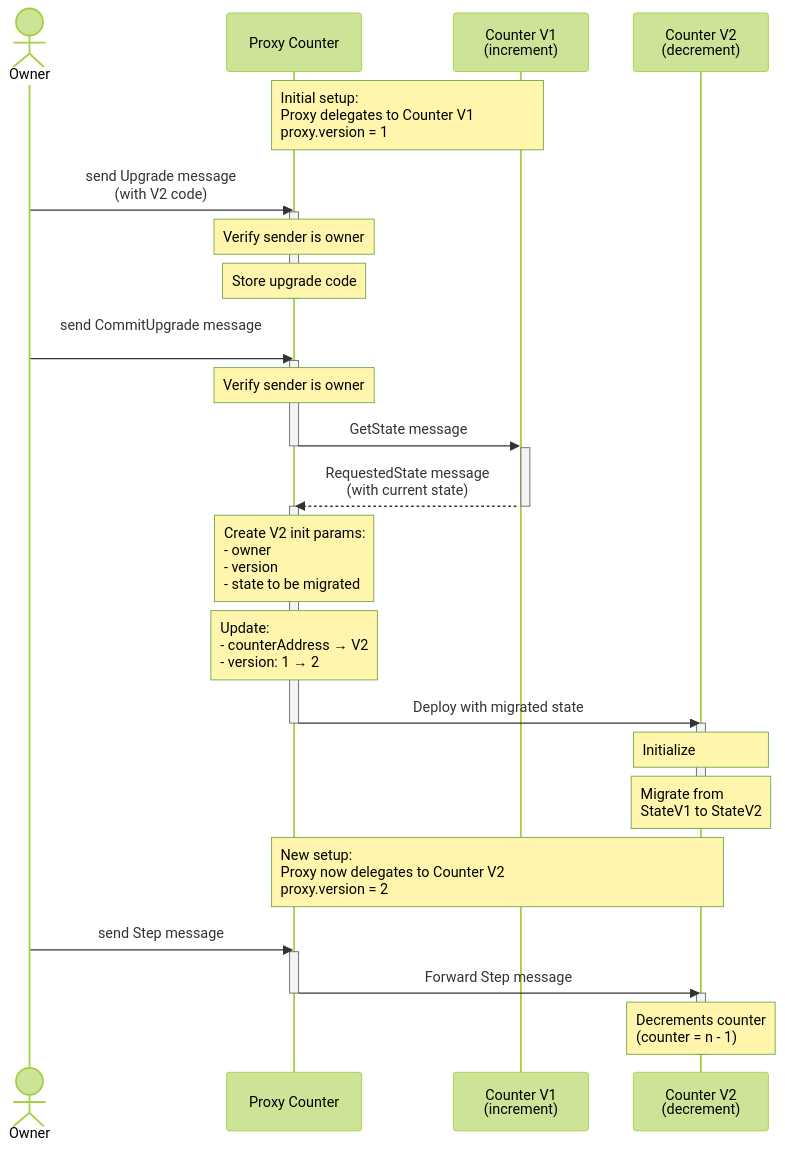
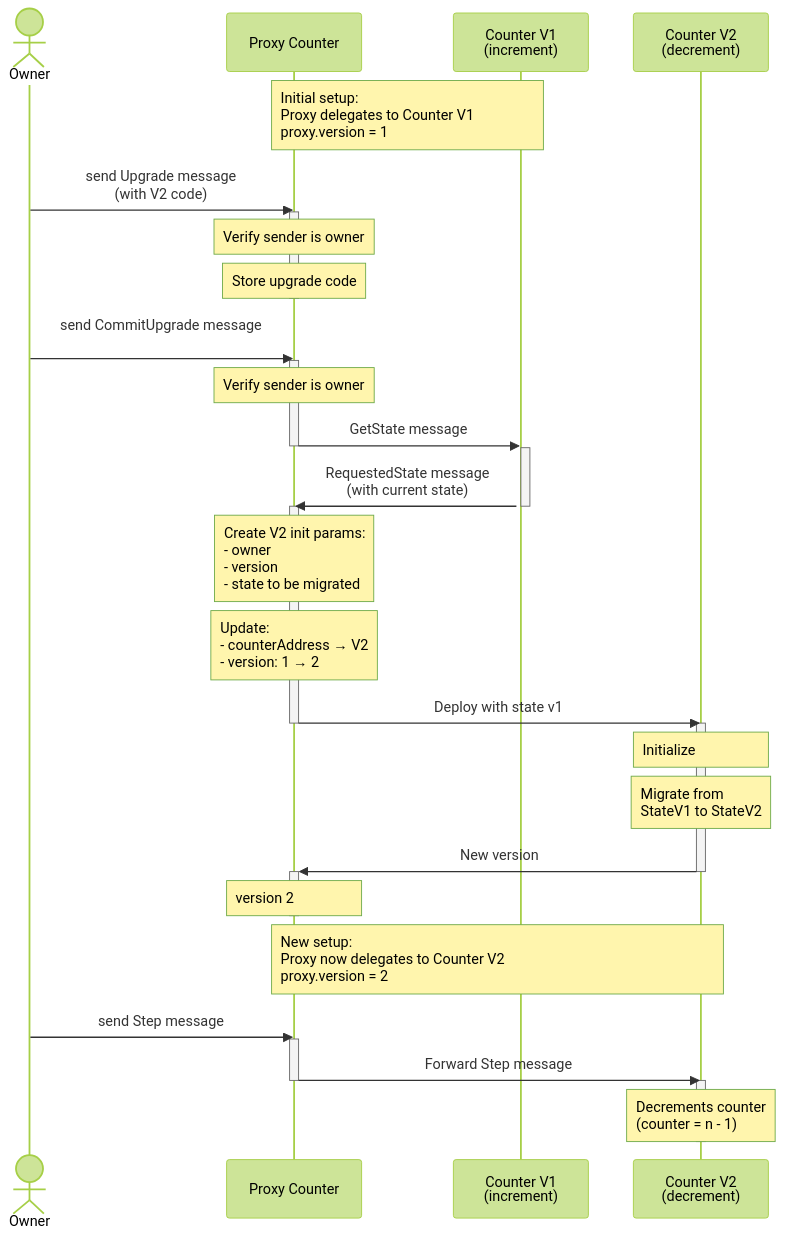
One commit to smartcontractkit/chainlink-ton changed the second of 3 diagrams in docs/contracts/examples/upgradability.md. Above: the diagram before and after it, drawn with Mermaid (forest theme).

Commit message:
fix: sequence diagram

````diff
--- a/docs/contracts/examples/upgradability.md
+++ b/docs/contracts/examples/upgradability.md
@@ -39,52 +39,55 @@
 ```mermaid
 ---
 config:
   "sequence":
     "noteAlign": "left"
 ---
 sequenceDiagram
     actor Owner
     participant Proxy as Proxy Counter
     participant CounterV1 as Counter V1<br/>(increment)
     participant CounterV2 as Counter V2<br/>(decrement)
     
     Note over Proxy,CounterV1: Initial setup:<br/>Proxy delegates to Counter V1<br/>proxy.version = 1
     
     Owner->>Proxy: send Upgrade message<br/>(with V2 code)
     activate Proxy
     Note over Proxy: Verify sender is owner
     Note over Proxy: Store upgrade code
     deactivate Proxy
 
     Owner->>Proxy: send CommitUpgrade message<br/>
     activate Proxy
     Note over Proxy: Verify sender is owner
     Proxy->>CounterV1: GetState message
     activate CounterV1
     deactivate Proxy
     activate CounterV1
-    CounterV1-->>Proxy: RequestedState message<br/>(with current state)
+    CounterV1->>Proxy: RequestedState message<br/>(with current state)
     activate Proxy
     deactivate CounterV1
     
     Note over Proxy: Create V2 init params:<br/>- owner<br/>- version<br/>- state to be migrated
     
     Note over Proxy: Update:<br/>- counterAddress → V2<br/>- version: 1 → 2
-    Proxy->>CounterV2: Deploy with migrated state
+    Proxy->>CounterV2: Deploy with state v1
     activate CounterV2
     deactivate Proxy
     Note over CounterV2: Initialize
     Note over CounterV2: Migrate from <br/> StateV1 to StateV2
+    CounterV2->>+Proxy: New version
     deactivate CounterV2
+    Note over Proxy: version 2
+    deactivate Proxy
     
 
     Note over Proxy,CounterV2: New setup:<br/>Proxy now delegates to Counter V2<br/>proxy.version = 2
 
     Owner->>Proxy: send Step message
     activate Proxy
     Proxy->>CounterV2: Forward Step message
     activate CounterV2
     deactivate Proxy
     Note over CounterV2: Decrements counter<br/>(counter = n - 1)
     deactivate CounterV2
 ```
````
